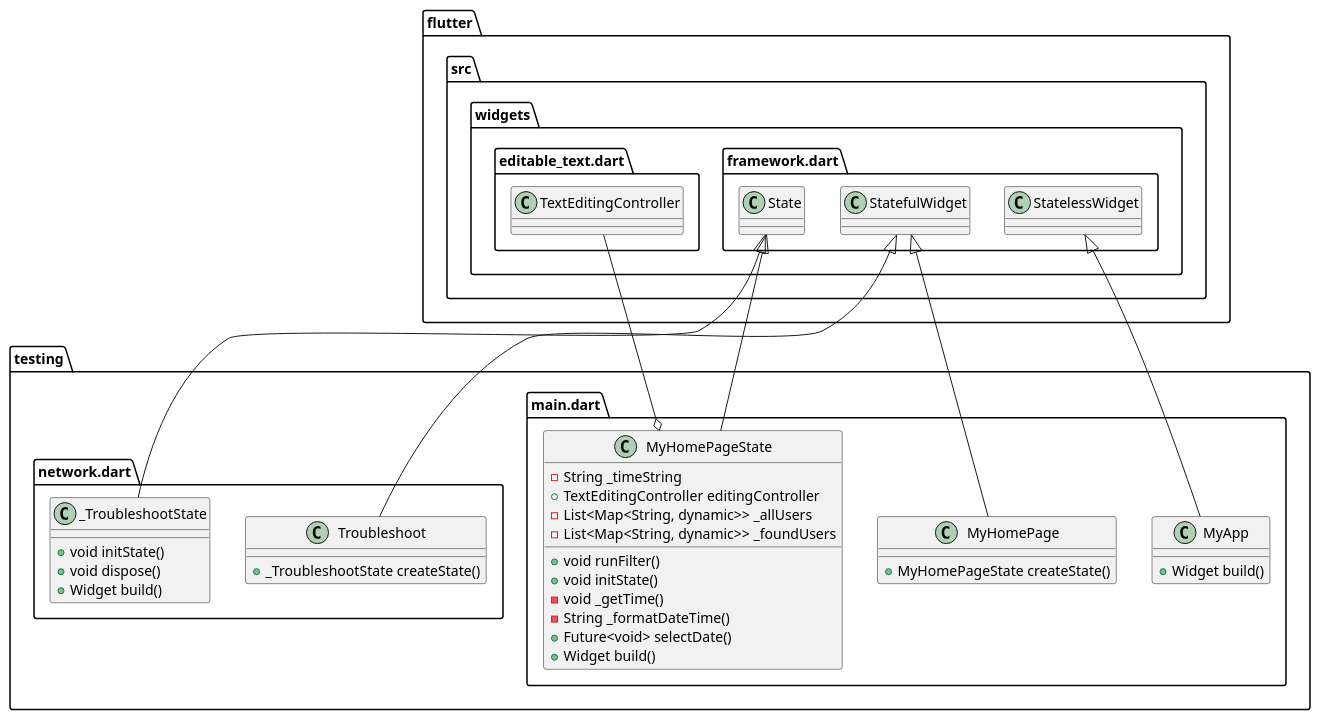
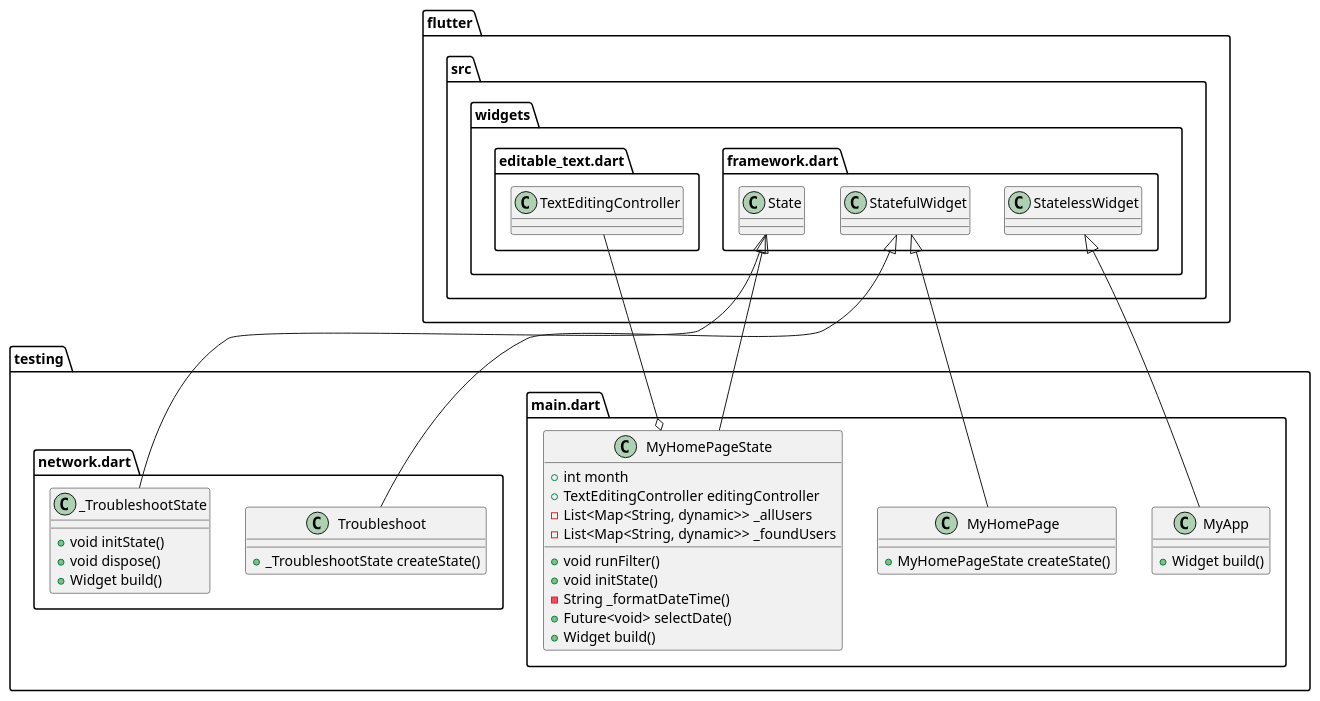
One commit to Hadjimamas/Testing_Project changed the diagram in test.puml. Above: the diagram before and after it, drawn with PlantUML.

Commit message:
Practice Project

```diff
--- a/test.puml
+++ b/test.puml
@@ -1,47 +1,46 @@
 @startuml
 set namespaceSeparator ::
 
 class "testing::main.dart::MyApp" {
   +Widget build()
 }
 
 "flutter::src::widgets::framework.dart::StatelessWidget" <|-- "testing::main.dart::MyApp"
 
 class "testing::main.dart::MyHomePage" {
   +MyHomePageState createState()
 }
 
 "flutter::src::widgets::framework.dart::StatefulWidget" <|-- "testing::main.dart::MyHomePage"
 
 class "testing::main.dart::MyHomePageState" {
-  -String _timeString
+  +int month
   +TextEditingController editingController
   -List<Map<String, dynamic>> _allUsers
   -List<Map<String, dynamic>> _foundUsers
   +void runFilter()
   +void initState()
-  -void _getTime()
   -String _formatDateTime()
   +Future<void> selectDate()
   +Widget build()
 }
 
 "testing::main.dart::MyHomePageState" o-- "flutter::src::widgets::editable_text.dart::TextEditingController"
 "flutter::src::widgets::framework.dart::State" <|-- "testing::main.dart::MyHomePageState"
 
 class "testing::network.dart::Troubleshoot" {
   +_TroubleshootState createState()
 }
 
 "flutter::src::widgets::framework.dart::StatefulWidget" <|-- "testing::network.dart::Troubleshoot"
 
 class "testing::network.dart::_TroubleshootState" {
   +void initState()
   +void dispose()
   +Widget build()
 }
 
 "flutter::src::widgets::framework.dart::State" <|-- "testing::network.dart::_TroubleshootState"
 
 
 @enduml
```
